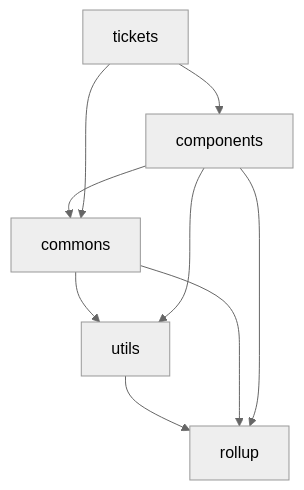
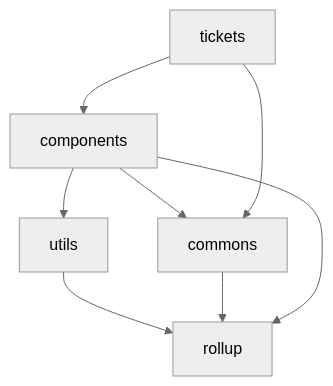
Before and after one commit to bad-written/Roadmap: the diagram in README.md, drawn with Mermaid (neutral theme). The commit also changed other lines of this file and 11 other files, not shown here.

Commit message:
chore(charts): :meno: add a light-weight chart

````diff
--- a/README.md
+++ b/README.md
@@ -19,11 +19,10 @@
 ```mermaid
 graph TD;
   utils --> rollup;
   commons --> rollup;
   components --> rollup;
-  commons --> utils;
   components --> utils;
   components --> commons;
   tickets --> commons;
   tickets --> components;
 ```
````
